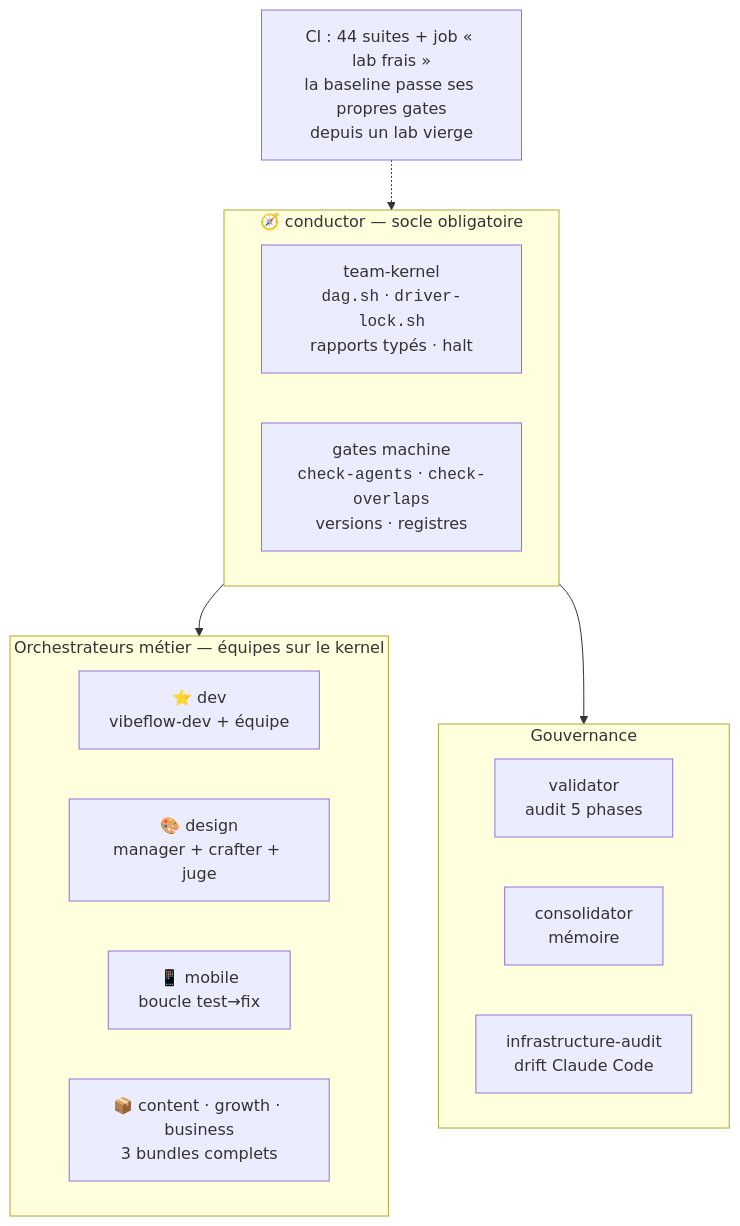
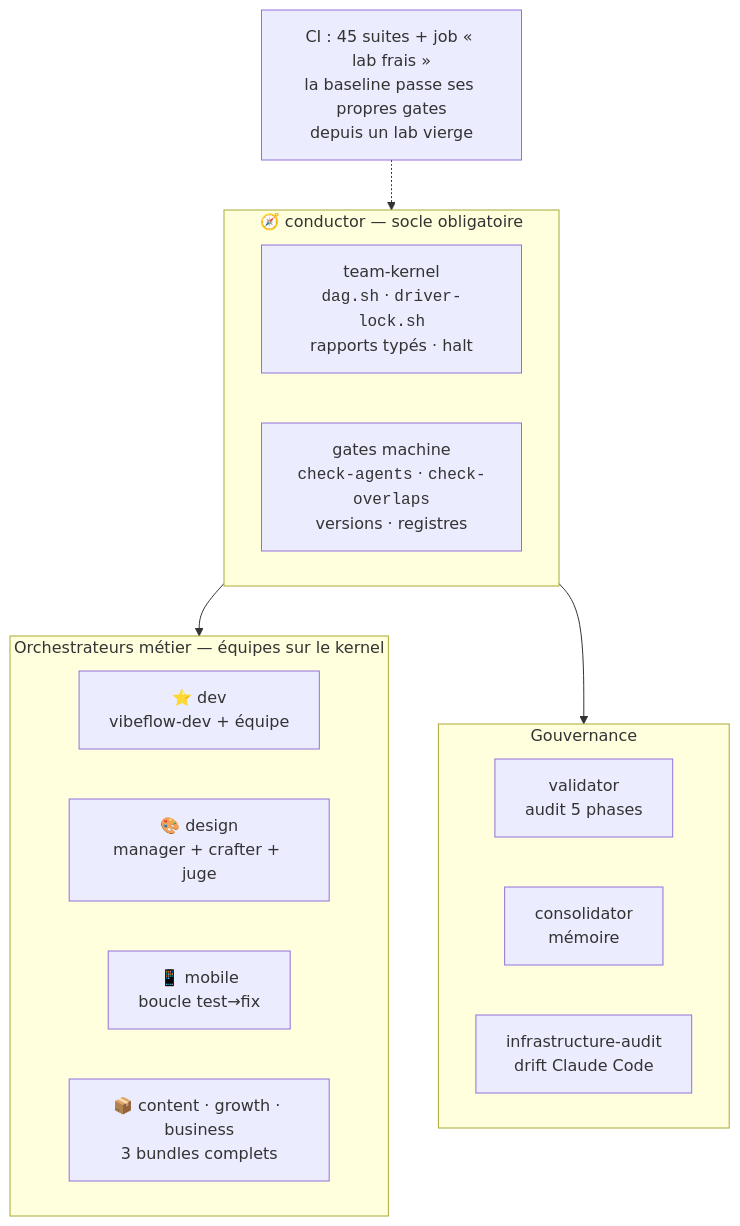
The fourth of 4 diagrams in README.fr.md (picmakpro/vibeflow-os), drawn with Mermaid before and after one commit. The commit also changed other lines of this file and 2 other files, not shown here.

Commit message:
fix(21-05): CI rouge — compteur de suites 44→45 dans les 2 README, WINDOWS.md recalé
check-version-sync.sh sortait en rc=1 sur cette branche : le plan 21-04 a ajouté
test-check-state-integrity.sh (45e suite) après que la fenêtre #2 avait été fermée
sur 44. La régression n'était réenregistrée nulle part au ledger (open_count: 1,
seule #3 ouverte) — /gsd-ship ne bloquerait donc pas dessus. Corrigé : les 4
occurrences de « 44 suites » passent à 45 dans README.md/README.fr.md (les 2
occurrences historiques de l'entrée v2.44.0, décrivant un état passé, sont
restaurées à 44 — ce ne sont pas des affirmations courantes). Nouvelle entrée #5
au registre WINDOWS.md, statut fixed dans le même commit.

````diff
--- a/README.fr.md
+++ b/README.fr.md
@@ -151,21 +151,21 @@
 ```mermaid
 flowchart TD
     subgraph socle["🧭 conductor — socle obligatoire"]
         K["team-kernel<br/><code>dag.sh</code> · <code>driver-lock.sh</code><br/>rapports typés · halt"]
         G["gates machine<br/><code>check-agents</code> · <code>check-overlaps</code><br/>versions · registres"]
     end
     subgraph orch["Orchestrateurs métier — équipes sur le kernel"]
         DEV["⭐ dev<br/>vibeflow-dev + équipe"]
         DES["🎨 design<br/>manager + crafter + juge"]
         MOB["📱 mobile<br/>boucle test→fix"]
         BIZ["📦 content · growth · business<br/>3 bundles complets"]
     end
     subgraph gouv["Gouvernance"]
         V["validator<br/>audit 5 phases"]
         CO["consolidator<br/>mémoire"]
         IA["infrastructure-audit<br/>drift Claude Code"]
     end
     socle --> orch
     socle --> gouv
-    CI["CI : 44 suites + job « lab frais »<br/>la baseline passe ses propres gates<br/>depuis un lab vierge"] -.-> socle
+    CI["CI : 45 suites + job « lab frais »<br/>la baseline passe ses propres gates<br/>depuis un lab vierge"] -.-> socle
 ```
````
